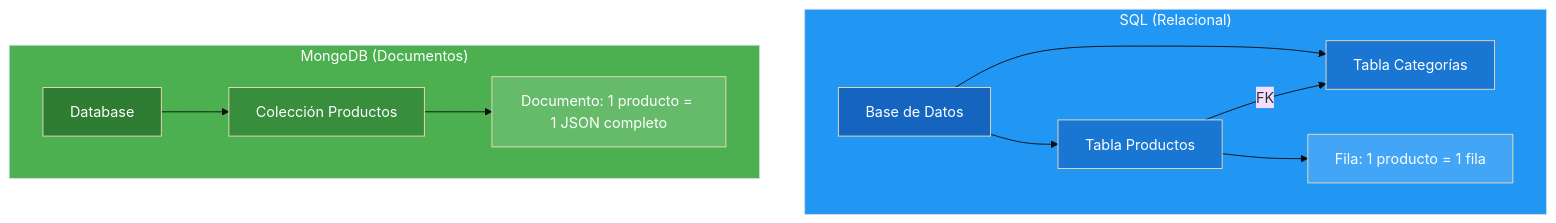
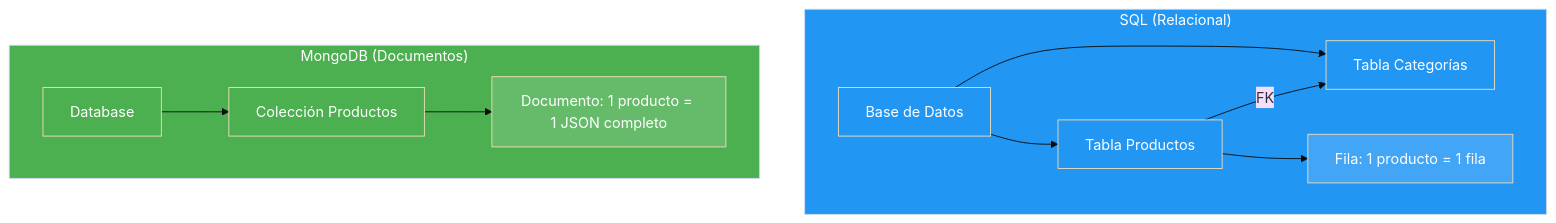
Before and after one commit to joseluisgs/DesarrolloWebEntornosServidor-02-2026-2027: the first of 7 diagrams in 13-mongodb.md, drawn with Mermaid (base theme). The commit also changed other lines of this file and 15 other files, not shown here.

````diff
--- a/13-mongodb.md
+++ b/13-mongodb.md
@@ -85,24 +85,24 @@
 ```mermaid
 graph TD
     subgraph SQL["SQL (Relacional)"]
         S1[Base de Datos] --> S2[Tabla Productos]
         S1 --> S3[Tabla Categorías]
         S2 -->|FK| S3
         S2 --> S4[Fila: 1 producto = 1 fila]
     end
 
     subgraph NOSQL["MongoDB (Documentos)"]
         M1[Database] --> M2[Colección Productos]
         M2 --> M3[Documento: 1 producto = 1 JSON completo]
     end
 
     style SQL fill:#2196F3,color:#fff
     style NOSQL fill:#4CAF50,color:#fff
-    style S1 fill:#1565C0,color:#fff
-    style S2 fill:#1976D2,color:#fff
-    style S3 fill:#1976D2,color:#fff
+    style S1 fill:#2196F3,color:#fff
+    style S2 fill:#2196F3,color:#fff
+    style S3 fill:#2196F3,color:#fff
     style S4 fill:#42A5F5,color:#fff
-    style M1 fill:#2E7D32,color:#fff
-    style M2 fill:#388E3C,color:#fff
+    style M1 fill:#4CAF50,color:#fff
+    style M2 fill:#4CAF50,color:#fff
     style M3 fill:#66BB6A,color:#fff
 ```
````
